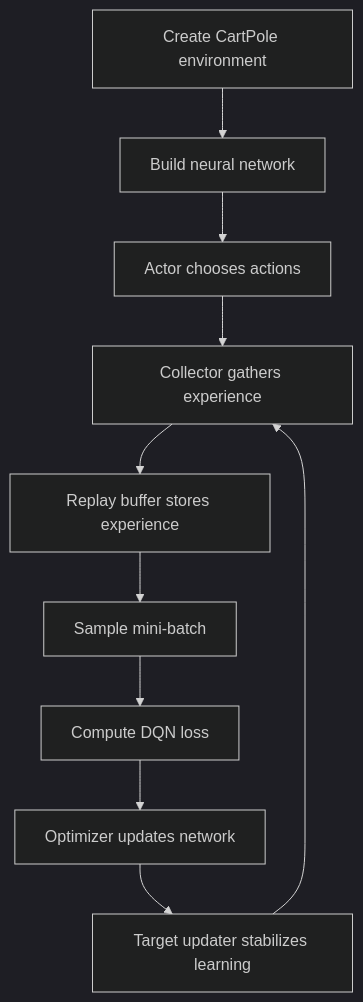
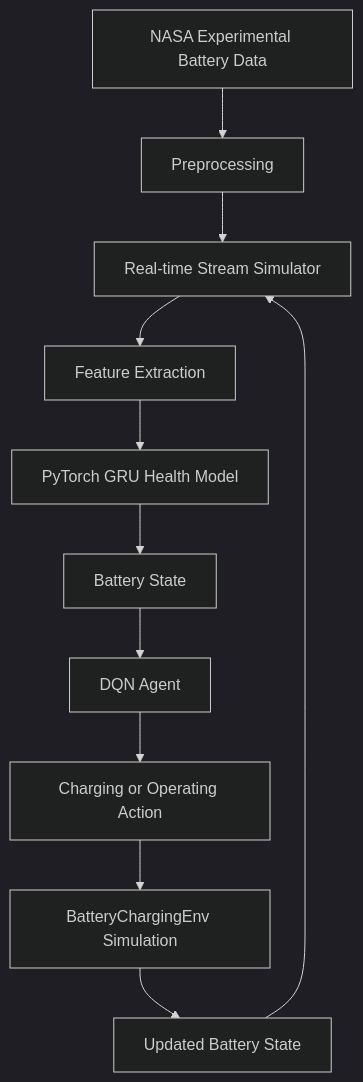
One commit to AzadehGhaffari/deep-reinforcement-learning changed the diagram in README.md. Above: the diagram before and after it, drawn with Mermaid (dark theme). The commit also changed other lines of this file and 24 other files, not shown here.

````diff
--- a/README.md
+++ b/README.md
@@ -162,12 +38,13 @@
 ```mermaid
 flowchart TD
-    A[Create CartPole environment] --> B[Build neural network]
-    B --> C[Actor chooses actions]
-    C --> D[Collector gathers experience]
-    D --> E[Replay buffer stores experience]
-    E --> F[Sample mini-batch]
-    F --> G[Compute DQN loss]
-    G --> H[Optimizer updates network]
-    H --> I[Target updater stabilizes learning]
-    I --> D
+    A[NASA Experimental Battery Data] --> B[Preprocessing]
+    B --> C[Real-time Stream Simulator]
+    C --> D[Feature Extraction]
+    D --> E[PyTorch GRU Health Model]
+    E --> F[Battery State]
+    F --> G[DQN Agent]
+    G --> H[Charging or Operating Action]
+    H --> I[BatteryChargingEnv Simulation]
+    I --> J[Updated Battery State]
+    J --> C
 ```
````
